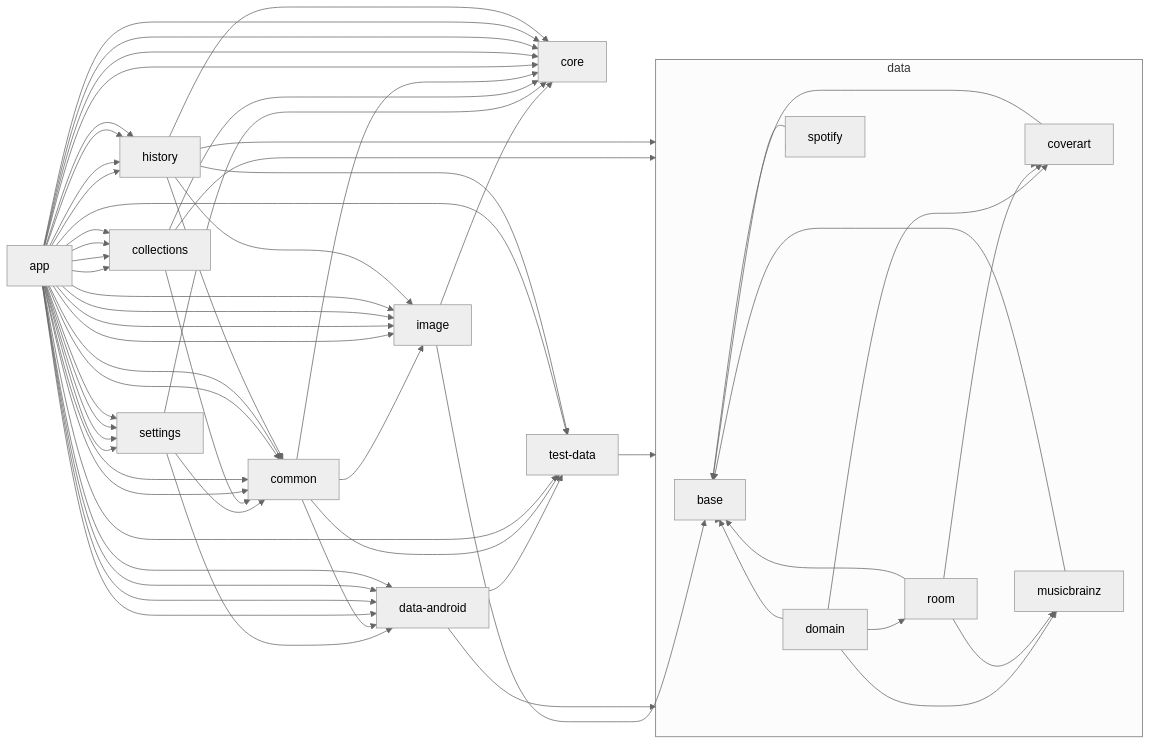
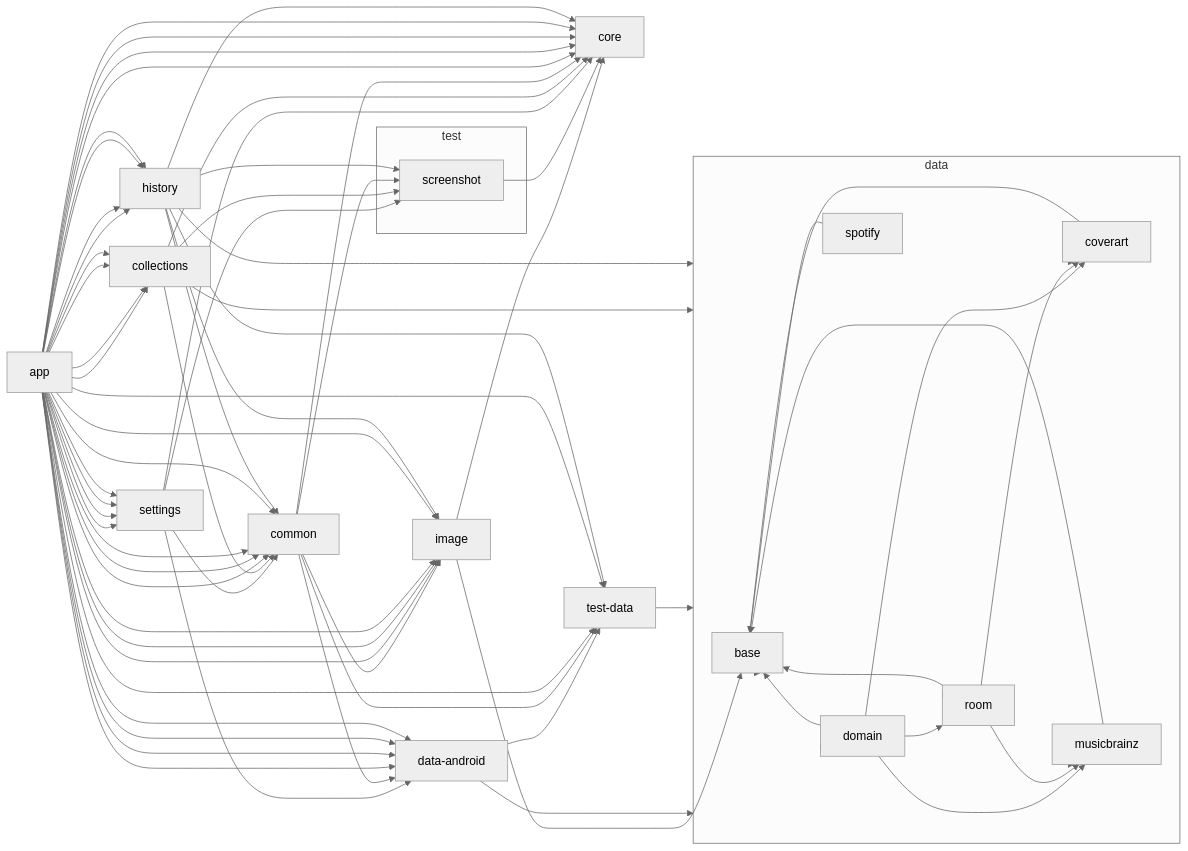
The diagram in README.md (lydavid/MusicSearch), drawn with Mermaid before and after one commit. The commit also changed 41 other files, not shown here.

Commit message:
chore: extract PaparazziScreenshotTest to :ui:test:screenshot module

````diff
--- a/README.md
+++ b/README.md
@@ -58,6 +58,9 @@
     spotify
   end
 
+  subgraph test
+    screenshot
+  end
   domain --> base
   domain --> coverart
   domain --> musicbrainz
@@ -73,9 +76,11 @@
   data --> room
   data --> spotify
   data --> musicbrainz
+  screenshot --> core
   settings --> data-android
   settings --> common
   settings --> core
+  settings --> screenshot
   data-android --> data
   data-android --> test-data
   test-data --> data
@@ -84,10 +89,12 @@
   collections --> data
   collections --> common
   collections --> core
+  collections --> screenshot
   common --> data-android
   common --> core
   common --> image
   common --> test-data
+  common --> screenshot
   app --> test-data
   app --> data-android
   app --> common
@@ -124,5 +131,6 @@
   history --> core
   history --> image
   history --> test-data
+  history --> screenshot
 
 ```
````
